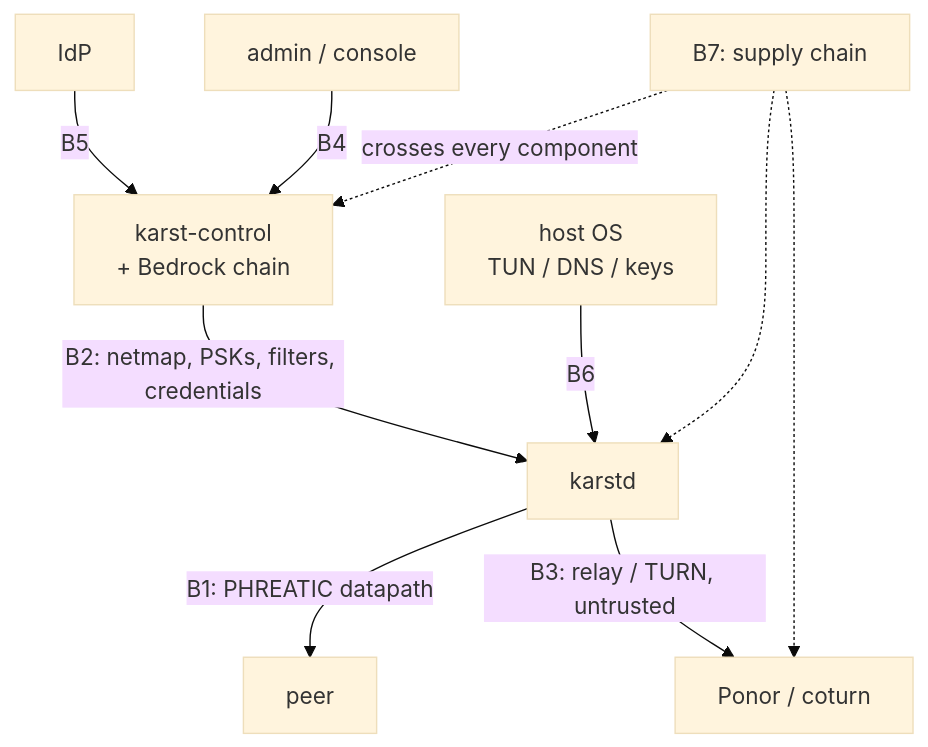
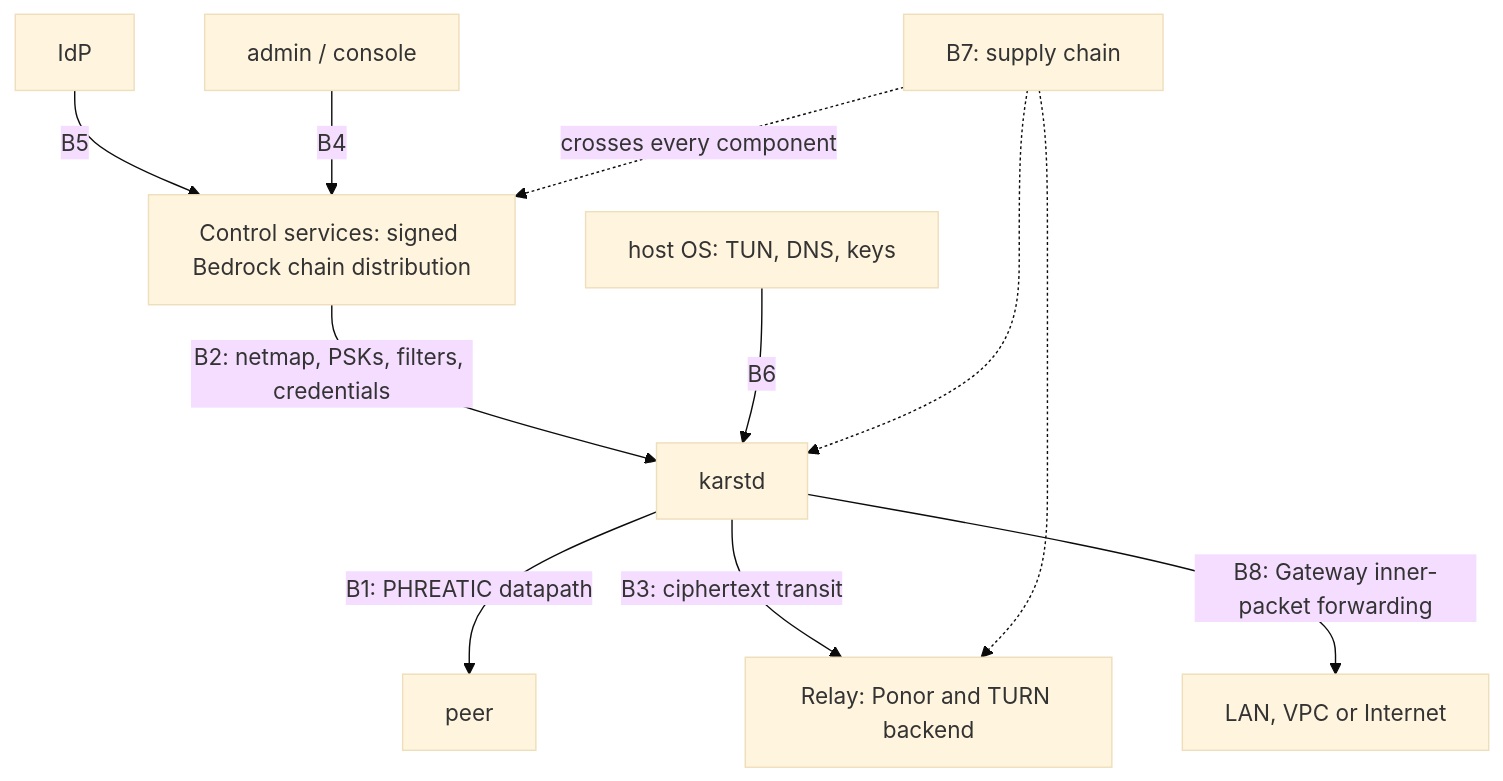
Before and after one commit to karst-net/karst: the diagram in docs/THREAT-MODEL.md, drawn with Mermaid (base theme). The commit also changed other lines of this file and 21 other files, not shown here.

Commit message:
docs: unify component families, Gateway and Relay roles (#403)

````diff
--- a/docs/THREAT-MODEL.md
+++ b/docs/THREAT-MODEL.md
@@ -71,12 +79,13 @@
 ```mermaid
 flowchart TD
-    IdP[IdP] -->|B5| Control["karst-control<br/>+ Bedrock chain"]
+    IdP[IdP] -->|B5| Control["Control services: signed Bedrock chain distribution"]
     Admin[admin / console] -->|B4| Control
     Control -->|B2: netmap, PSKs, filters, credentials| Node[karstd]
-    Host["host OS<br/>TUN / DNS / keys"] -->|B6| Node
+    Host["host OS: TUN, DNS, keys"] -->|B6| Node
     Node -->|B1: PHREATIC datapath| Peer[peer]
-    Node -->|B3: relay / TURN, untrusted| Relay["Ponor / coturn"]
+    Node -->|B3: ciphertext transit| Relay["Relay: Ponor and TURN backend"]
+    Node -->|B8: Gateway inner-packet forwarding| External["LAN, VPC or Internet"]
     Supply["B7: supply chain"] -. crosses every component .-> Control
     Supply -.-> Node
     Supply -.-> Relay
 ```
````
